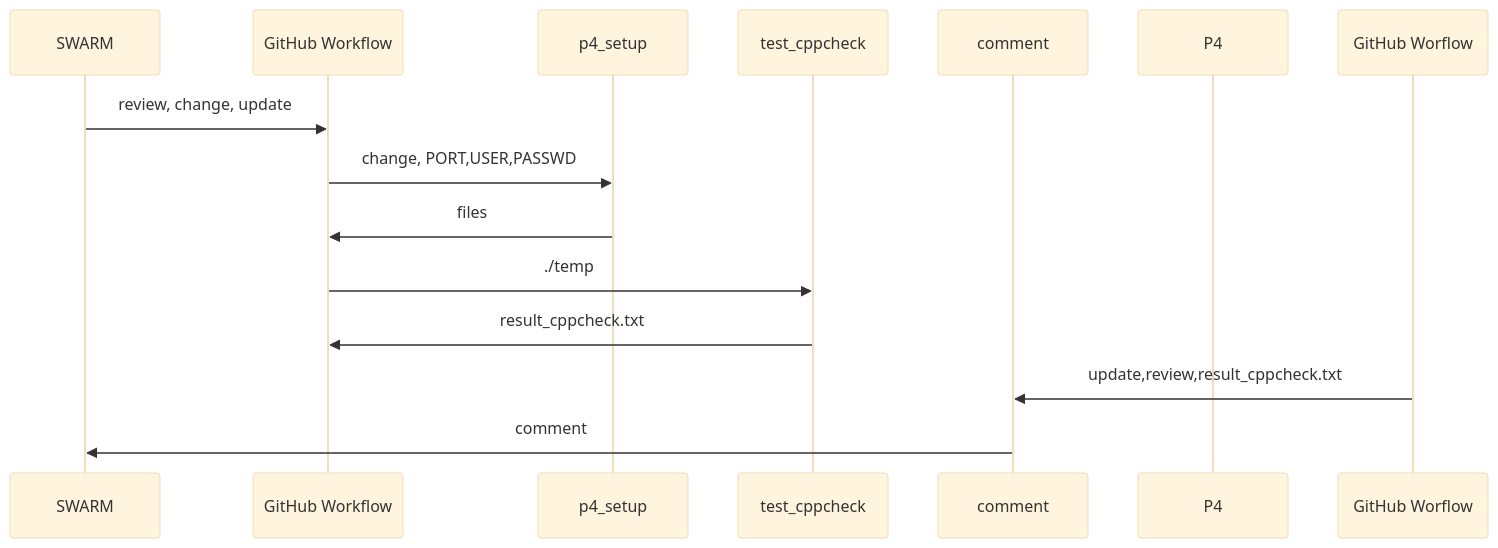
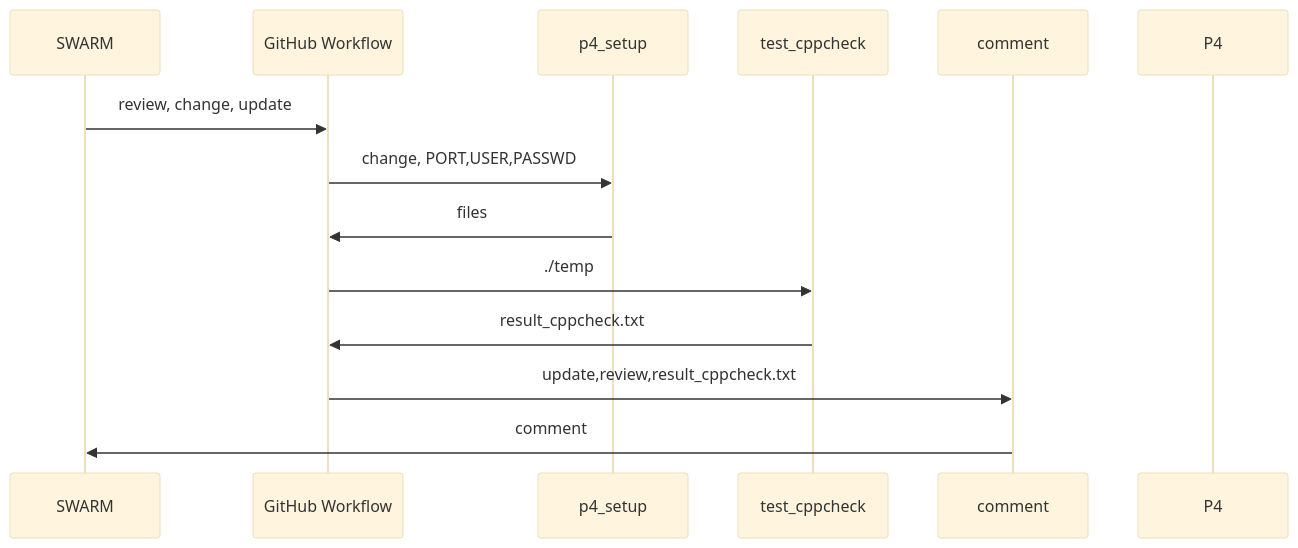
One commit to smjune/smjune.github.io changed the diagram in readme.md. Above: the diagram before and after it, drawn with Mermaid (base theme).

````diff
--- a/readme.md
+++ b/readme.md
@@ -1,16 +1,16 @@
 ```mermaid
 sequenceDiagram
     participant SWARM 
     participant GitHub Workflow
     participant p4_setup
     participant test_cppcheck
     participant comment
     participant P4
     SWARM->>GitHub Workflow: review, change, update
     GitHub Workflow->>p4_setup: change, PORT,USER,PASSWD
     p4_setup->>GitHub Workflow: files
     GitHub Workflow->>test_cppcheck:./temp
     test_cppcheck->>GitHub Workflow: result_cppcheck.txt
-    GitHub Worflow->>comment:update,review,result_cppcheck.txt
+    GitHub Workflow->>comment:update,review,result_cppcheck.txt
     comment->>SWARM: comment
 ```
````
